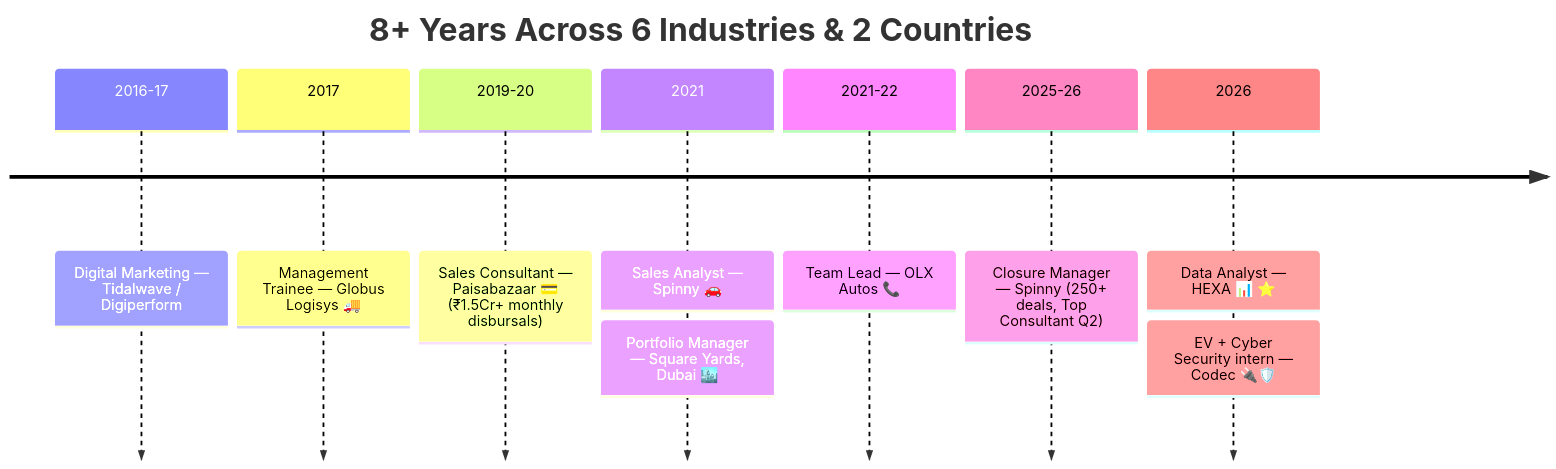
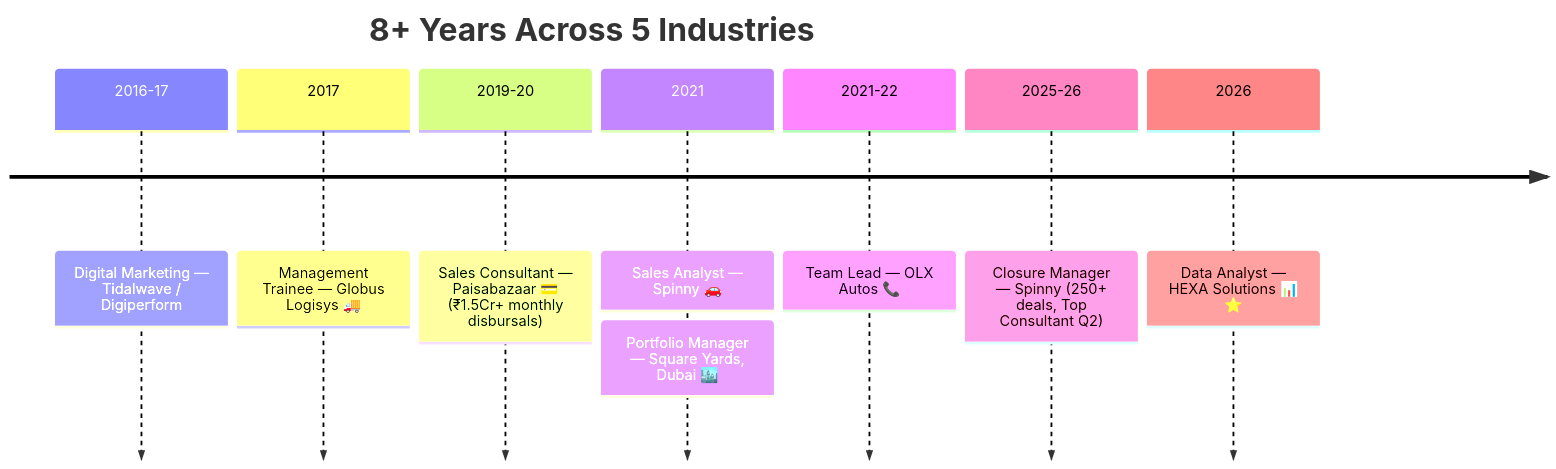
Before and after one commit to Eswar5313/Eswar5313: the diagram in README.md, drawn with Mermaid. The commit also changed other lines of this file, not shown here.

````diff
--- a/README.md
+++ b/README.md
@@ -209,11 +180,11 @@
 ```mermaid
 timeline
-    title 8+ Years Across 6 Industries & 2 Countries
+    title 8+ Years Across 5 Industries
     2016-17 : Digital Marketing — Tidalwave / Digiperform
     2017 : Management Trainee — Globus Logisys 🚚
     2019-20 : Sales Consultant — Paisabazaar 💳 (₹1.5Cr+ monthly disbursals)
     2021 : Sales Analyst — Spinny 🚗 : Portfolio Manager — Square Yards, Dubai 🏙️
     2021-22 : Team Lead — OLX Autos 📞
     2025-26 : Closure Manager — Spinny (250+ deals, Top Consultant Q2)
-    2026 : Data Analyst — HEXA 📊 ⭐ : EV + Cyber Security intern — Codec 🔌🛡️
+    2026 : Data Analyst — HEXA Solutions 📊 ⭐
 ```
````
